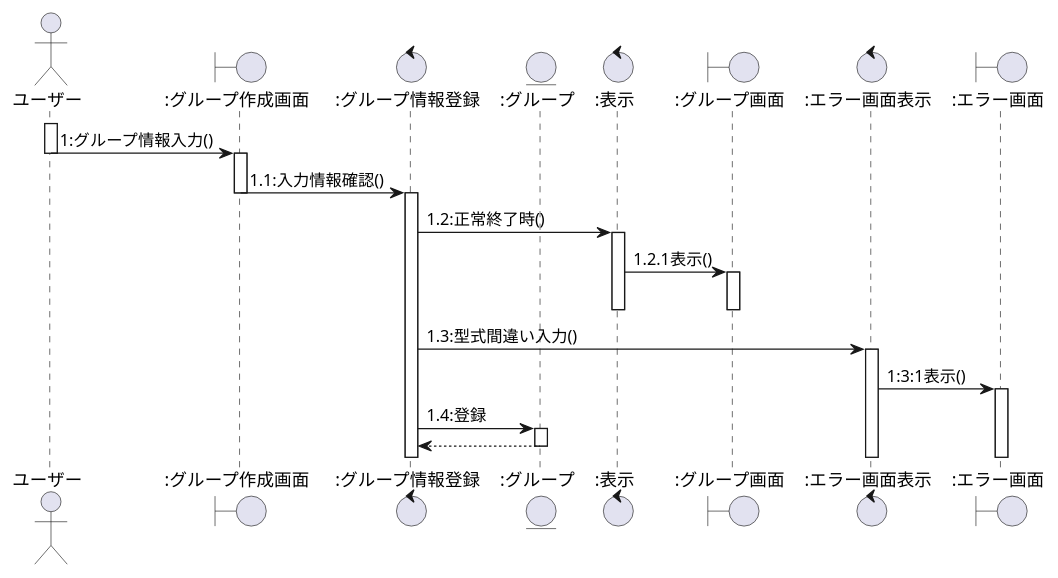
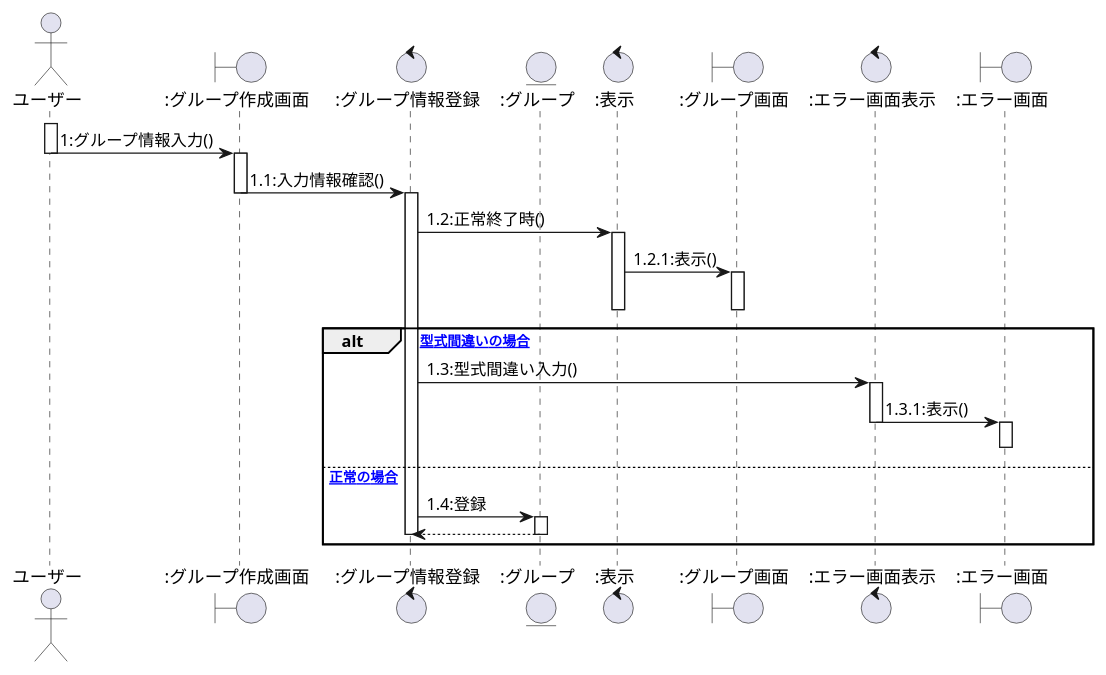
The first of 8 diagrams in user2_sequence.plantuml (ksw2270227/GroupF), drawn with PlantUML before and after one commit. The commit also changed other lines of this file and 1 other file, not shown here.

```diff
--- a/user2_sequence.plantuml
+++ b/user2_sequence.plantuml
@@ -1,32 +1,39 @@
 @startuml グループ作成シーケンス図
 actor ユーザー as 0
 boundary ":グループ作成画面" as a
 control ":グループ情報登録" as b
 entity ":グループ" as c
 control ":表示" as d
 boundary ":グループ画面" as e
 control ":エラー画面表示" as f
 boundary ":エラー画面" as g
 
 activate 0
     0 -> a:1:グループ情報入力()
     deactivate 0
     activate a
     a -> b:1.1:入力情報確認()
     deactivate a
     activate b
     b -> d:1.2:正常終了時()
     activate d
-    d -> e:1.2.1表示()
+    d -> e:1.2.1:表示()
     activate e
     deactivate e
     deactivate d
+    alt [型式間違いの場合]
     b -> f:1.3:型式間違い入力()
     activate f
-    f -> g:1:3:1表示()
+    f -> g:1.3.1:表示()
+    deactivate f
     activate g
+    g -[hidden]> g
+    deactivate g
+    else [正常の場合]
     b -> c:1.4:登録
     activate c
     c --> b
     deactivate c
+    deactivate b
+    end
 @enduml
```
